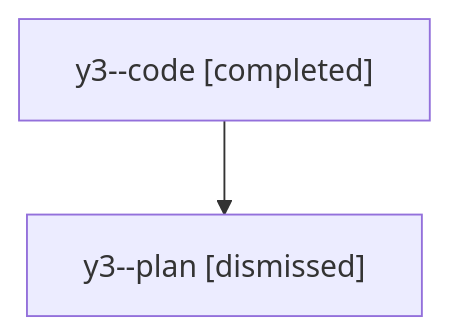
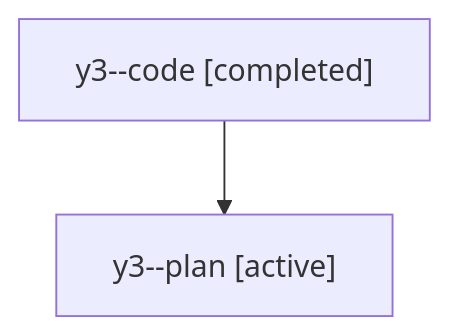
Before and after one commit to sase-org/sase--agents: the diagram in families/bbugyi200.athena.y3.md, drawn with Mermaid. The commit also changed other lines of this file and 35830 other files, not shown here.

````diff
--- a/families/bbugyi200.athena.y3.md
+++ b/families/bbugyi200.athena.y3.md
@@ -9,6 +9,6 @@
 ```mermaid
 flowchart TD
   n0["y3--code [completed]"]
-  n1["y3--plan [dismissed]"]
+  n1["y3--plan [active]"]
   n0 --> n1
 ```
````
